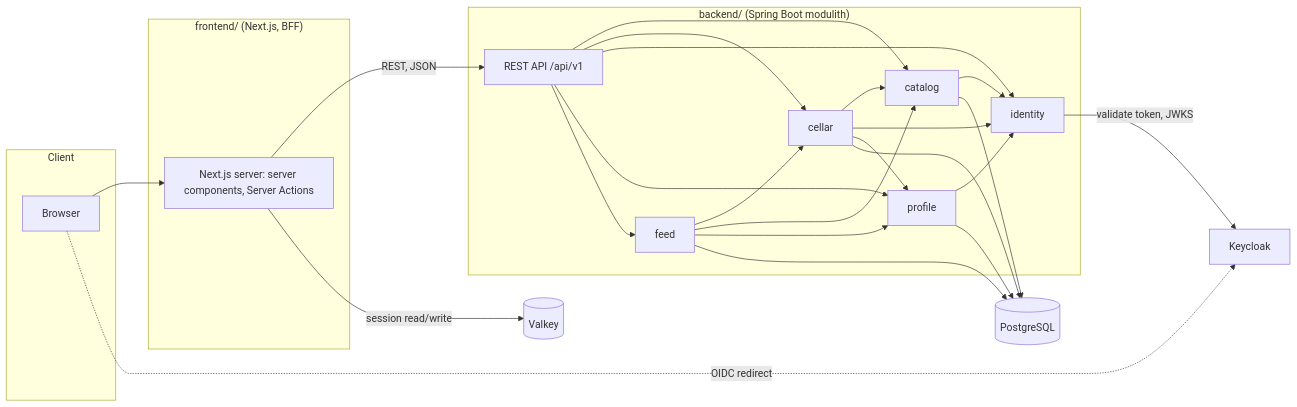
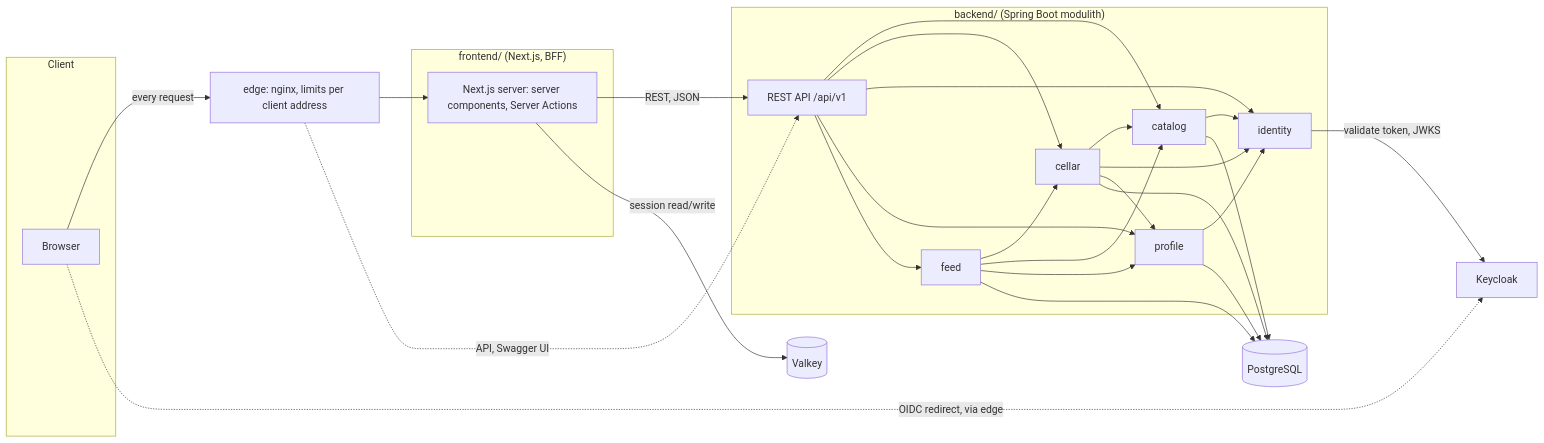
The diagram in docs/architecture.md (MiguelSombrero/kalia), drawn with Mermaid before and after one commit. The commit also changed other lines of this file and 35 other files, not shown here.

First line of the commit message:
Put an nginx edge proxy in front of the unauthenticated edges (iteration 8.5 task 10)

````diff
--- a/docs/architecture.md
+++ b/docs/architecture.md
@@ -61,28 +61,30 @@
 ```mermaid
 flowchart LR
     subgraph Client
         Browser
     end
     subgraph Frontend["frontend/ (Next.js, BFF)"]
         NX[Next.js server: server components, Server Actions]
     end
     subgraph Backend["backend/ (Spring Boot modulith)"]
         API[REST API /api/v1]
         CAT[catalog]
         CEL[cellar]
         IDN[identity]
         PROF[profile]
         FED[feed]
     end
-    Browser --> NX
+    Browser -->|every request| EDGE[edge: nginx, limits per client address]
+    EDGE --> NX
+    EDGE -.->|API, Swagger UI| API
     NX -->|REST, JSON| API
     API --> CAT & CEL & IDN & PROF & FED
     CAT --> IDN
     CEL --> CAT & IDN & PROF
     PROF --> IDN
     FED --> CEL & CAT & PROF
     CAT & CEL & PROF & FED --> PG[(PostgreSQL)]
-    Browser -.->|OIDC redirect| KC[Keycloak]
+    Browser -.->|OIDC redirect, via edge| KC[Keycloak]
     NX -->|session read/write| VK[(Valkey)]
     IDN -->|validate token, JWKS| KC
 ```
````
